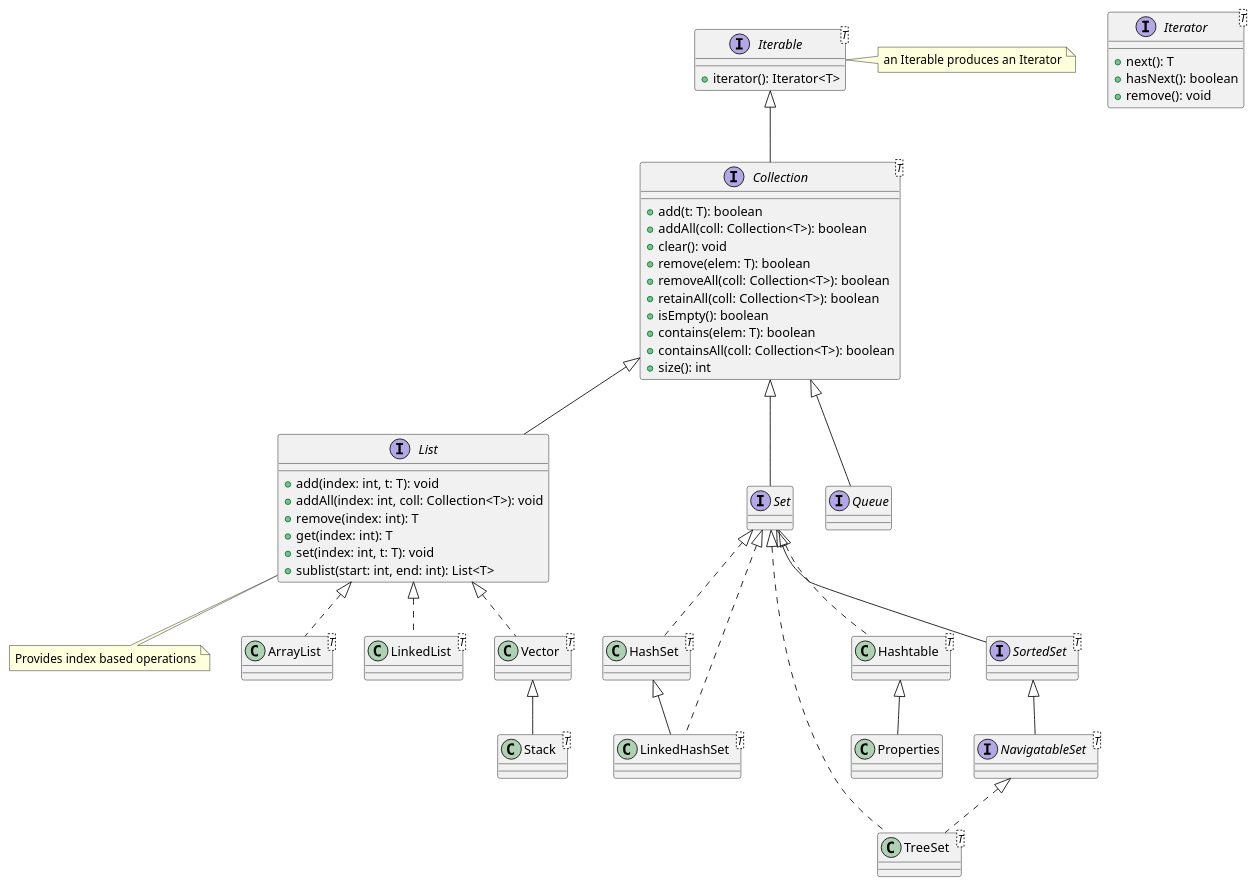
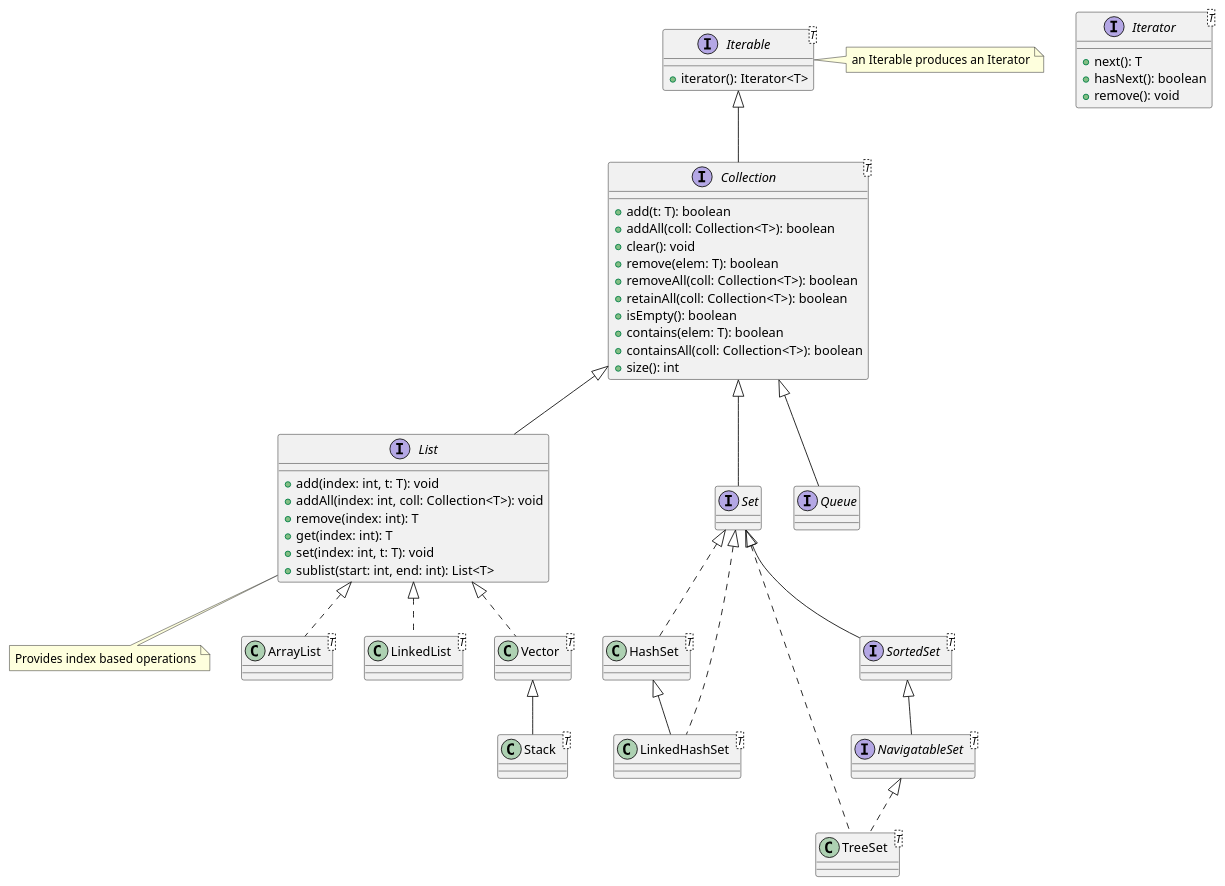
Before and after one commit to vinod-kayartaya/TARGET-APR-2023-BATCH-1: the diagram in day-07/Readme.md, drawn with PlantUML. The commit also changed 12 other files, not shown here.

````diff
--- a/day-07/Readme.md
+++ b/day-07/Readme.md
@@ -49,74 +49,71 @@
 ```plantuml
 @startuml
 interface Iterator<T> {
     + next(): T
     + hasNext(): boolean
     + remove(): void
 }
 
 interface Iterable<T> {
     + iterator(): Iterator<T>
 }
 
 interface Collection<T> {
     + add(t: T): boolean
     + addAll(coll: Collection<T>): boolean
     + clear(): void
     + remove(elem: T): boolean
     + removeAll(coll: Collection<T>): boolean
     + retainAll(coll: Collection<T>): boolean
     + isEmpty(): boolean
     + contains(elem: T): boolean
     + containsAll(coll: Collection<T>): boolean
     + size(): int
 }
 
 interface List{
     + add(index: int, t: T): void
     + addAll(index: int, coll: Collection<T>): void
     + remove(index: int): T
     + get(index: int): T
     + set(index: int, t: T): void
     + sublist(start: int, end: int): List<T>
 }
 note bottom of List: Provides index based operations
 interface Set{}
 interface Queue{}
 
 Iterable <|-- Collection
 Collection <|-- List
 Collection <|-- Set
 Collection <|-- Queue
 
 class ArrayList<T>{}
 class LinkedList<T>{}
 class Vector<T>{}
 class Stack<T>{}
 
 List <|.. ArrayList
 List <|.. LinkedList
 List <|.. Vector
 Vector <|-- Stack
 
 note right of Iterable: an Iterable produces an Iterator
 
 class HashSet<T>{}
 class TreeSet<T>{}
 class LinkedHashSet<T>{}
-class Hashtable<T>{}
 interface NavigatableSet<T>{}
 interface SortedSet<T>{}
 
 Set <|.. HashSet
 Set <|.. LinkedHashSet
 Set <|.. TreeSet
-Set <|.. Hashtable
 Set <|-- SortedSet
 NavigatableSet <|.. TreeSet
 SortedSet <|-- NavigatableSet
-Hashtable <|-- Properties
 HashSet <|-- LinkedHashSet
 
 
 @enduml
 ```
````
